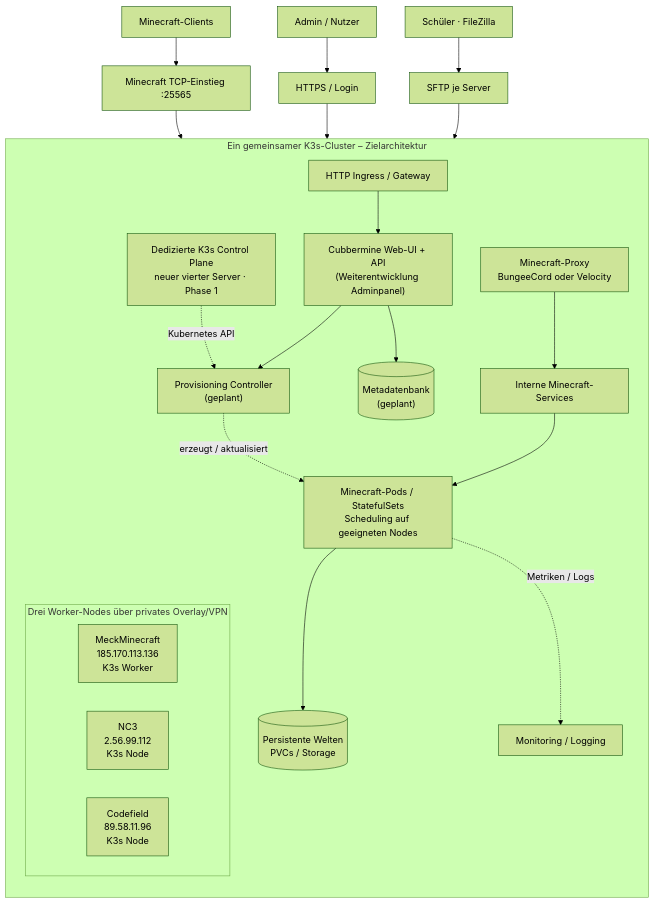
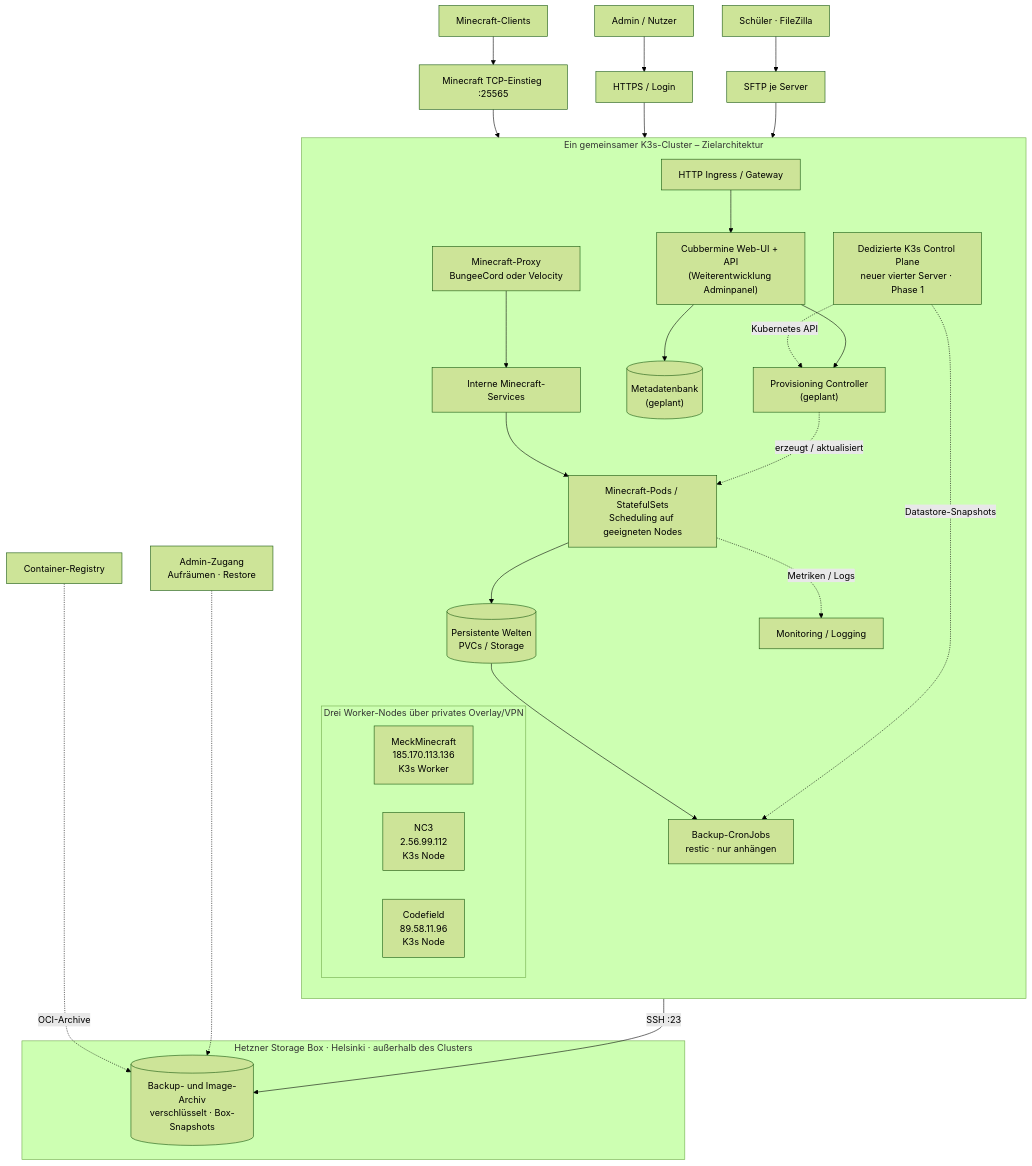
Before and after one commit to cndrbrbr/cubbermine: the third of 4 diagrams in architecture.md, drawn with Mermaid (forest theme). The commit also changed other lines of this file, not shown here.

Commit message:
architecture: Hetzner Storage Box als Backup- und Image-Archiv eingeplant (Bestand, Zielbild, Topologie, Ressourcen, Sicherheit)

````diff
--- a/architecture.md
+++ b/architecture.md
@@ -80,37 +82,47 @@
 ```mermaid
 flowchart TB
     client["Minecraft-Clients"] --> tcp["Minecraft TCP-Einstieg :25565"]
     user["Admin / Nutzer"] --> https["HTTPS / Login"]
     ftp["Schüler · FileZilla"] --> sftp["SFTP je Server"]
 
     subgraph cluster["Ein gemeinsamer K3s-Cluster – Zielarchitektur"]
       direction TB
       cp["Dedizierte K3s Control Plane<br/>neuer vierter Server · Phase 1"]
       ingress["HTTP Ingress / Gateway"]
       app["Cubbermine Web-UI + API<br/>(Weiterentwicklung Adminpanel)"]
       proxy["Minecraft-Proxy<br/>BungeeCord oder Velocity"]
       svc["Interne Minecraft-Services"]
       ctrl["Provisioning Controller<br/>(geplant)"]
       db[("Metadatenbank<br/>(geplant)")]
       cp -. "Kubernetes API" .-> ctrl
       ingress --> app
       app --> ctrl
       app --> db
       proxy --> svc
 
       subgraph nodes["Drei Worker-Nodes über privates Overlay/VPN"]
         direction LR
         n1["MeckMinecraft<br/>185.170.113.136<br/>K3s Worker"]
         n2["NC3<br/>2.56.99.112<br/>K3s Node"]
         n3["Codefield<br/>89.58.11.96<br/>K3s Node"]
       end
       svc --> pods["Minecraft-Pods / StatefulSets<br/>Scheduling auf geeigneten Nodes"]
       ctrl -. "erzeugt / aktualisiert" .-> pods
       pods --> pvcs[("Persistente Welten<br/>PVCs / Storage")]
       pods -. "Metriken / Logs" .-> obs["Monitoring / Logging"]
+      bjobs["Backup-CronJobs<br/>restic · nur anhängen"]
+      pvcs --> bjobs
+      cp -. "Datastore-Snapshots" .-> bjobs
     end
+
+    subgraph hz["Hetzner Storage Box · Helsinki · außerhalb des Clusters"]
+      archive[("Backup- und Image-Archiv<br/>verschlüsselt · Box-Snapshots")]
+    end
+    registry["Container-Registry"] -. "OCI-Archive" .-> archive
+    bjobs -->|"SSH :23"| archive
+    admin["Admin-Zugang<br/>Aufräumen · Restore"] -.-> archive
 
     tcp --> proxy
     https --> ingress
     sftp --> pods
 ```
````
